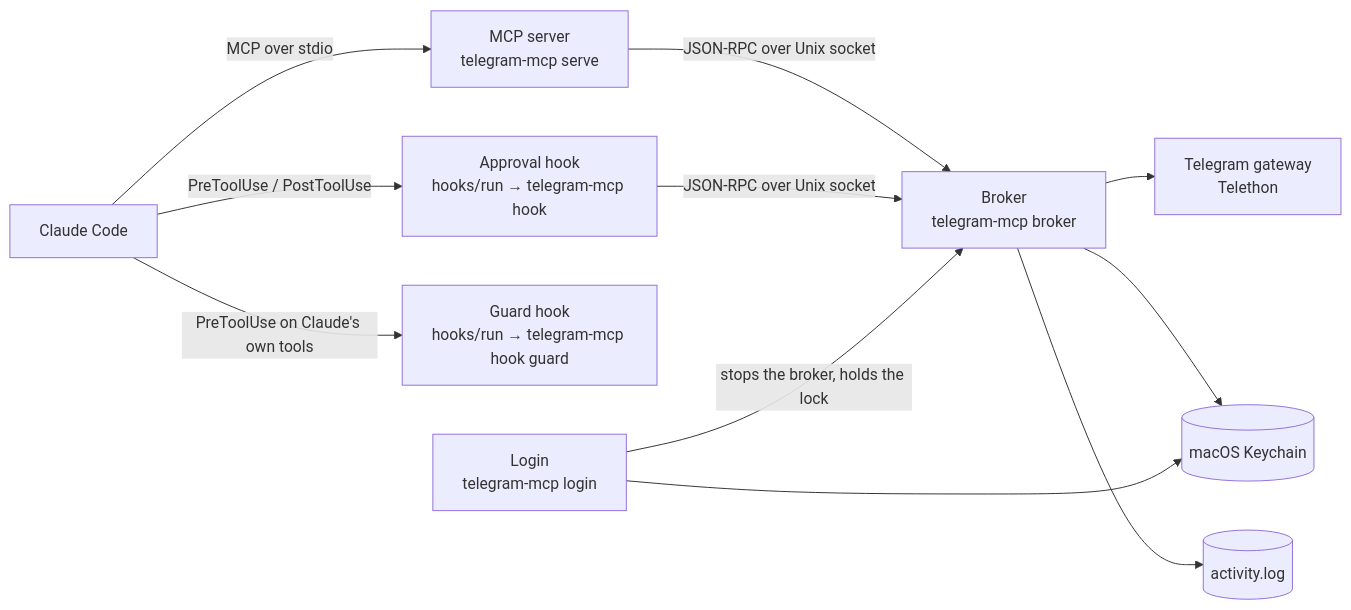
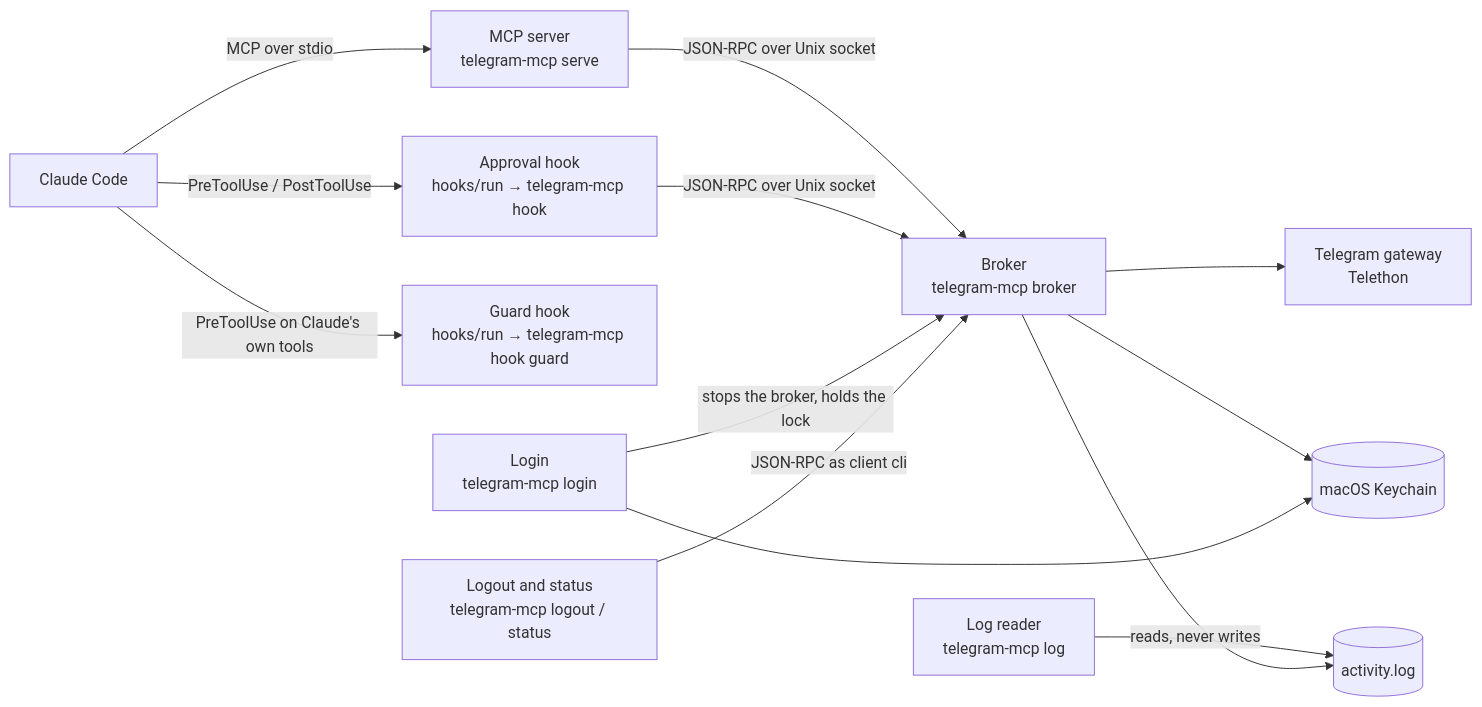
The first of 3 diagrams in docs/ARCHITECTURE.md (maksymskuibida/telegram-mcp), drawn with Mermaid before and after one commit. The commit also changed other lines of this file and 32 other files, not shown here.

First line of the commit message:
Add QR login, logout, status and the log command (#4)

````diff
--- a/docs/ARCHITECTURE.md
+++ b/docs/ARCHITECTURE.md
@@ -12,13 +12,15 @@
 ```mermaid
 flowchart LR
     CC[Claude Code] -- MCP over stdio --> S[MCP server<br/>telegram-mcp serve]
     CC -- PreToolUse / PostToolUse --> H[Approval hook<br/>hooks/run → telegram-mcp hook]
     CC -- PreToolUse on Claude's own tools --> GH[Guard hook<br/>hooks/run → telegram-mcp hook guard]
     S -- JSON-RPC over Unix socket --> B[Broker<br/>telegram-mcp broker]
     H -- JSON-RPC over Unix socket --> B
     L[Login<br/>telegram-mcp login] -- stops the broker, holds the lock --> B
+    C[Logout and status<br/>telegram-mcp logout / status] -- JSON-RPC as client cli --> B
+    R[Log reader<br/>telegram-mcp log] -- reads, never writes --> A
     B --> G[Telegram gateway<br/>Telethon]
     B --> K[(macOS Keychain)]
     B --> A[(activity.log)]
     L --> K
 ```
````
